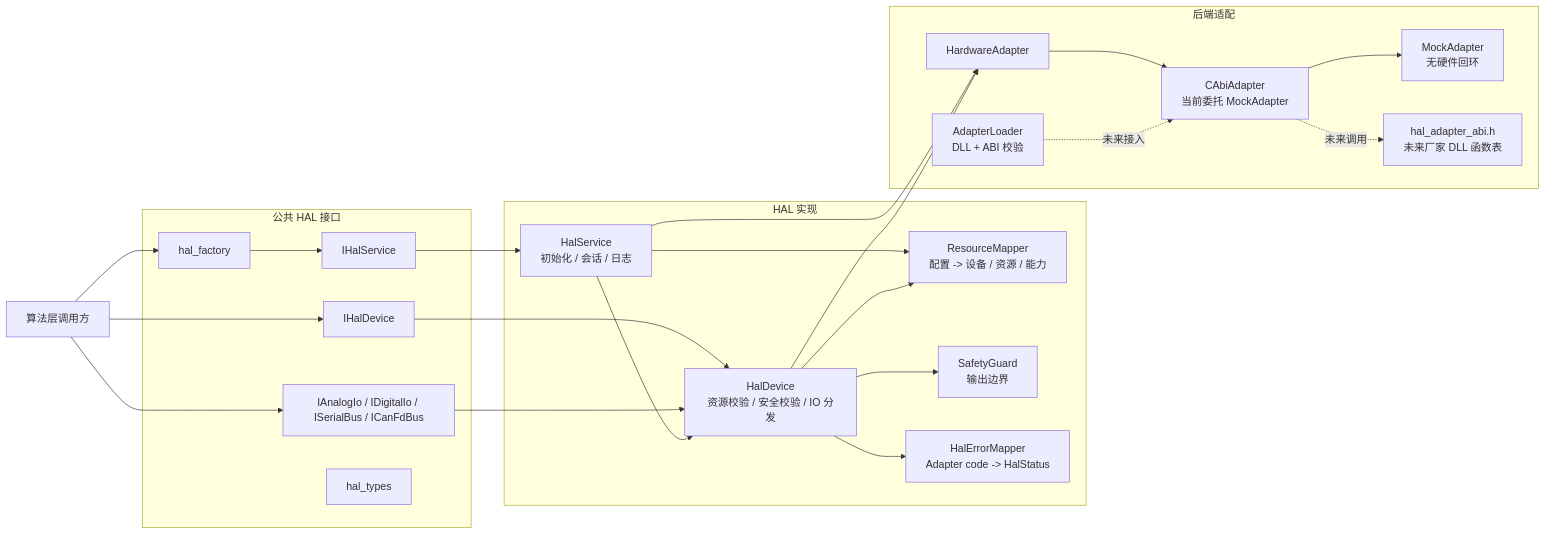
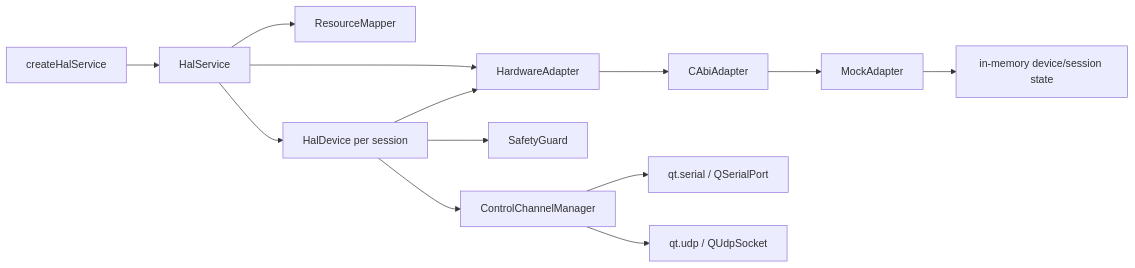
Before and after one commit to Augustusjk2008/testProgram: the diagram in docs/design/implementation/hal-implementation-design-report.md, drawn with Mermaid. The commit also changed other lines of this file and 45 other files, not shown here.

First line of the commit message:
feat(控制通道): 接入基于 Qt 串口和 UDP 的 HAL 控制通信闭环

````diff
--- a/docs/design/implementation/hal-implementation-design-report.md
+++ b/docs/design/implementation/hal-implementation-design-report.md
@@ -23,42 +58,15 @@
 ```mermaid
 flowchart LR
-  Caller["算法层调用方"]
-
-  subgraph PublicApi["公共 HAL 接口"]
-    Factory["hal_factory"]
-    ServiceApi["IHalService"]
-    DeviceApi["IHalDevice"]
-    IoApi["IAnalogIo / IDigitalIo / ISerialBus / ICanFdBus"]
-    Types["hal_types"]
-  end
-
-  subgraph HalCore["HAL 实现"]
-    Service["HalService\n初始化 / 会话 / 日志"]
-    Device["HalDevice\n资源校验 / 安全校验 / IO 分发"]
-    Mapper["ResourceMapper\n配置 -> 设备 / 资源 / 能力"]
-    Safety["SafetyGuard\n输出边界"]
-    ErrorMap["HalErrorMapper\nAdapter code -> HalStatus"]
-  end
-
-  subgraph Backend["后端适配"]
-    Adapter["HardwareAdapter"]
-    CAbi["CAbiAdapter\n当前委托 MockAdapter"]
-    Loader["AdapterLoader\nDLL + ABI 校验"]
-    Mock["MockAdapter\n无硬件回环"]
-    Abi["hal_adapter_abi.h\n未来厂家 DLL 函数表"]
-  end
-
-  Caller --> Factory --> ServiceApi --> Service
-  Caller --> DeviceApi --> Device
-  Caller --> IoApi --> Device
-  Service --> Mapper
-  Service --> Adapter
-  Service --> Device
-  Device --> Mapper
-  Device --> Safety
-  Device --> ErrorMap
-  Device --> Adapter
-  Adapter --> CAbi --> Mock
-  Loader -. "未来接入" .-> CAbi
-  CAbi -. "未来调用" .-> Abi
+  Factory["createHalService"] --> Service["HalService"]
+  Service --> Mapper["ResourceMapper"]
+  Service --> Backend["HardwareAdapter"]
+  Backend --> CAbi["CAbiAdapter"]
+  CAbi --> Mock["MockAdapter"]
+  Service --> Device["HalDevice per session"]
+  Device --> Guard["SafetyGuard"]
+  Device --> Backend
+  Device --> Control["ControlChannelManager"]
+  Control --> Serial["qt.serial / QSerialPort"]
+  Control --> Udp["qt.udp / QUdpSocket"]
+  Mock --> State["in-memory device/session state"]
 ```
````
